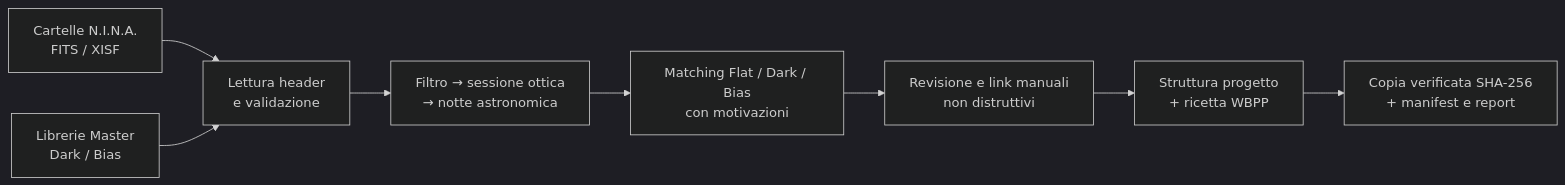
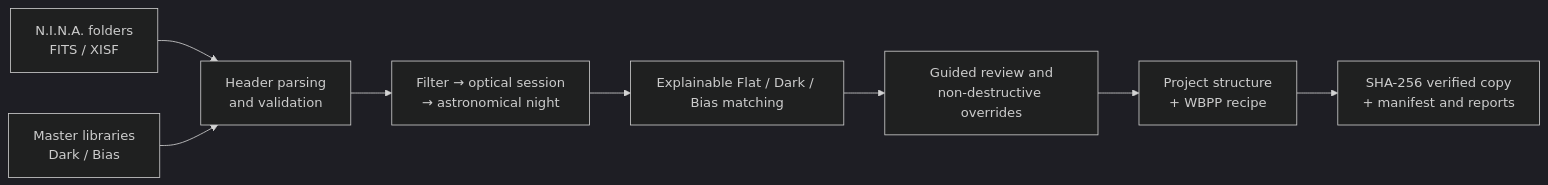
The diagram in README.md (astropuzzo/astroproject-forge), drawn with Mermaid (dark theme) before and after one commit. The commit also changed other lines of this file and 9 other files, not shown here.

````diff
--- a/README.md
+++ b/README.md
@@ -36,10 +36,10 @@
 ```mermaid
 flowchart LR
-    A["Cartelle N.I.N.A.<br/>FITS / XISF"] --> B["Lettura header<br/>e validazione"]
-    L["Librerie Master<br/>Dark / Bias"] --> B
-    B --> C["Filtro → sessione ottica<br/>→ notte astronomica"]
-    C --> D["Matching Flat / Dark / Bias<br/>con motivazioni"]
-    D --> E["Revisione e link manuali<br/>non distruttivi"]
-    E --> F["Struttura progetto<br/>+ ricetta WBPP"]
-    F --> G["Copia verificata SHA-256<br/>+ manifest e report"]
+    A["N.I.N.A. folders<br/>FITS / XISF"] --> B["Header parsing<br/>and validation"]
+    L["Master libraries<br/>Dark / Bias"] --> B
+    B --> C["Filter → optical session<br/>→ astronomical night"]
+    C --> D["Explainable Flat / Dark / Bias matching"]
+    D --> E["Guided review and<br/>non-destructive overrides"]
+    E --> F["Project structure<br/>+ WBPP recipe"]
+    F --> G["SHA-256 verified copy<br/>+ manifest and reports"]
 ```
````
